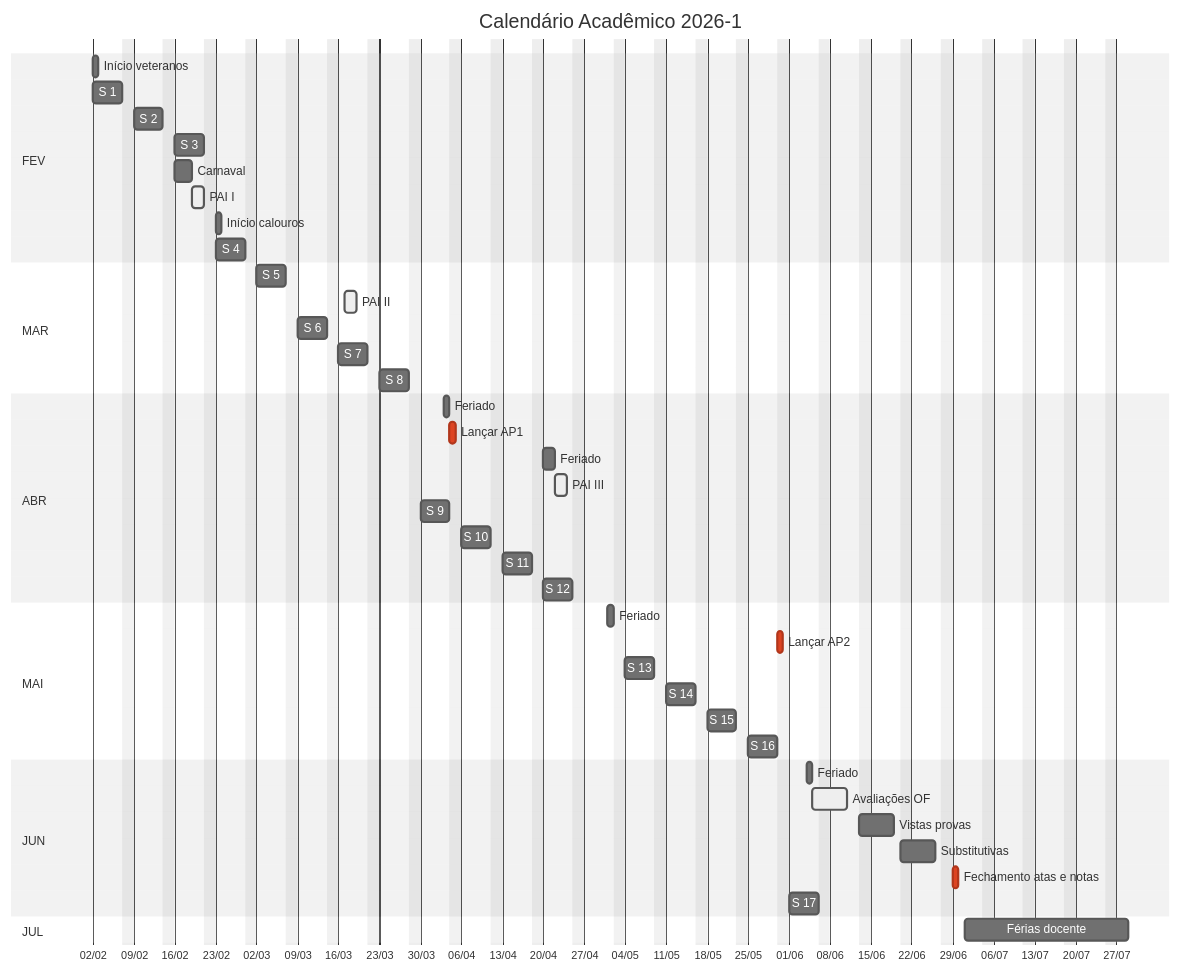
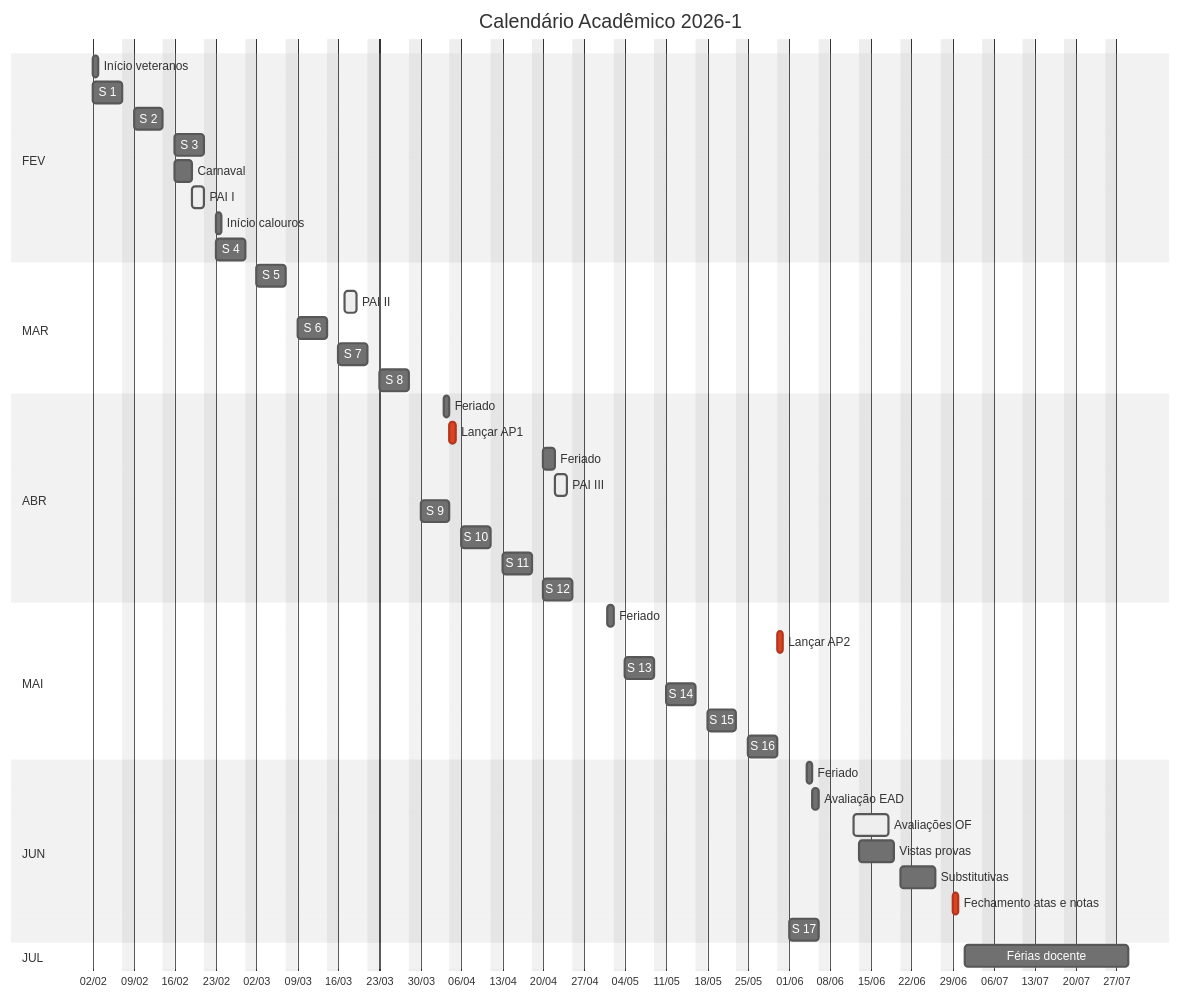
One commit to giovbon/docs changed the diagram in docs/zEXTRA/00-cal2026-1.md. Above: the diagram before and after it, drawn with Mermaid (neutral theme). The commit also changed 1 other file, not shown here.

Commit message:
calendar

````diff
--- a/docs/zEXTRA/00-cal2026-1.md
+++ b/docs/zEXTRA/00-cal2026-1.md
@@ -13,50 +13,51 @@
 ```mermaid
 gantt
     title Calendário Acadêmico 2026-1
     dateFormat  YYYY-MM-DD
     axisFormat %d/%m
     tickInterval 1week
     weekday monday
     excludes weekends
 
     section FEV
 Início veteranos	:a2, 2026-02-02, 1d
 S 1			:s1, 2026-02-02, 5d
 S 2            	:s2, after s1, 5d
 S 3          	        :s3, after s2, 5d
 Carnaval		:a2, 2026-02-16, 3d
 PAI I			:active, 2026-02-19, 2d
 Início calouros		:a2, 2026-02-23, 1d
 S 4         	        :s4, after s3, 5d
     section MAR
 S 5         	        :s5, after s4, 5d
 PAI II			:active, 2026-03-17, 2d
 S 6         	        :s6, after s5, 5d
 S 7         	        :s7, after s6, 5d
 S 8         	        :s8, after s7, 5d
     section ABR
 Feriado			:a2, 2026-04-03, 1d
 Lançar AP1		:crit, 2026-04-04, 1d
 Feriado			:a2, 2026-04-20, 2d
 PAI III			:active, 2026-04-22, 2d
 S 9         	        :s9, after s8, 5d
 S 10         	        :s10, after s9, 5d
 S 11         	        :s11, after s10, 5d
 S 12         	        :s12, after s11, 5d
     section MAI
 Feriado			:a2, 2026-05-01, 1d
 Lançar AP2		:crit, 2026-05-30, 1d
 S 13		:s13, 2026-05-04, 5d
 S 14		:s14, after s13, 5d
 S 15		:s15, after s14, 5d
 S 16		:s16, after s15, 5d
     section JUN
 Feriado			:a2, 2026-06-04, 1d
-Avaliações OF		:active, 2026-06-05, 2026-06-11
+Avaliação EAD			:a2, 2026-06-05, 1d
+Avaliações OF		:active, 2026-06-12, 2026-06-18
 Vistas provas		:a2, 2026-06-13, 2026-06-19
 Substitutivas		:a2, 2026-06-20, 2026-06-26
 Fechamento atas e notas	:crit, 2026-06-29, 1d
 S 17		:s17, after s16, 5d
     section JUL
 Férias docente		:a2, 2026-07-01, 2026-07-29
 ```
````
